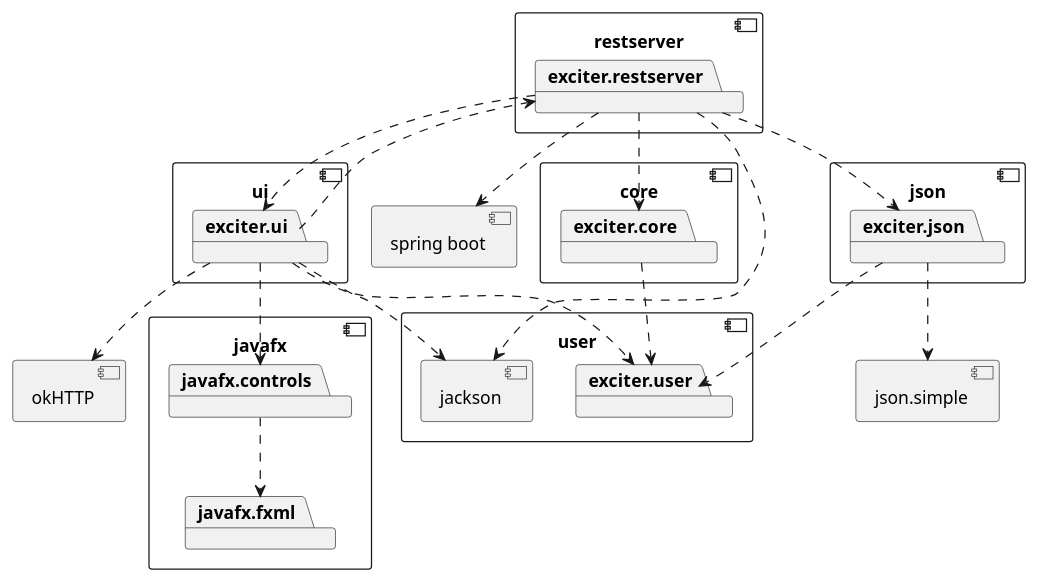
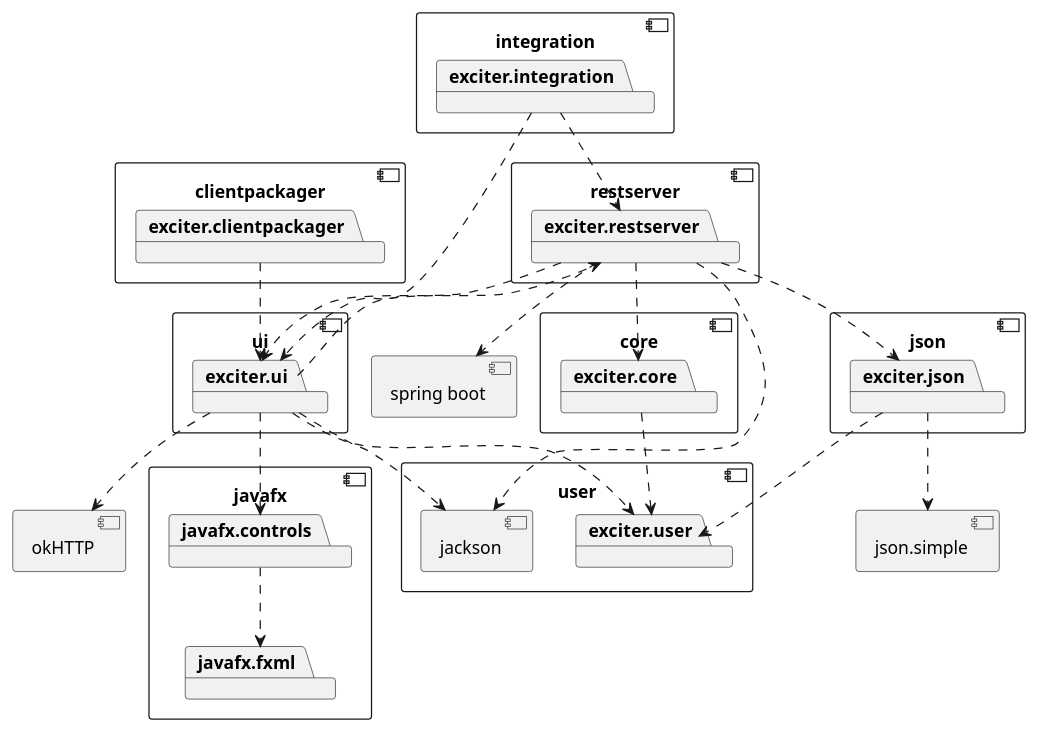
Before and after one commit to Tordsg/Xcitr: the diagram in docs/release3/diagrams/packageDiagram.plantuml, drawn with PlantUML. The commit also changed 2 other files, not shown here.

Commit message:
Edited package-diagram to match changes

```diff
--- a/docs/release3/diagrams/packageDiagram.plantuml
+++ b/docs/release3/diagrams/packageDiagram.plantuml
@@ -1,71 +1,84 @@
 @startuml packageDiagram
 
 component core{
     package exciter.core
 }
 
 component ui{
     package exciter.ui
 }
 
 component json{
     package exciter.json
     
 }
 
 component javafx{
     package javafx.controls
     package javafx.fxml
 }
 
 component restserver{
     package exciter.restserver
 
 }
 
 component user {
     package jackson
     package exciter.user
 
 }
 component json.simple{
 
 }
 
 component jackson {
 }
 
 
 component "spring boot" as springboot {
 }
 
 component okHTTP {
 
 }
 
+component clientpackager{
+    package exciter.clientpackager
+
+}
+
+component integration{
+    package exciter.integration
+
+}
+
 
 exciter.restserver ..> exciter.ui
 exciter.ui ..> exciter.restserver
 exciter.restserver ..>exciter.core
 exciter.restserver ..> springboot
 
 
 exciter.ui ..> jackson
 exciter.restserver ..> jackson
 
 
 exciter.ui ..> javafx.controls
 javafx.controls ..> javafx.fxml
 exciter.ui ..> okHTTP
 exciter.ui ..> exciter.user
 exciter.core ..>exciter.user
 exciter.json ..> exciter.user
 exciter.restserver ..> exciter.json
+exciter.clientpackager ..> exciter.ui
 
 
 exciter.json ..> json.simple
+exciter.integration ..> exciter.restserver
+exciter.integration ..> exciter.ui
 
 
 
 
 @enduml
```
